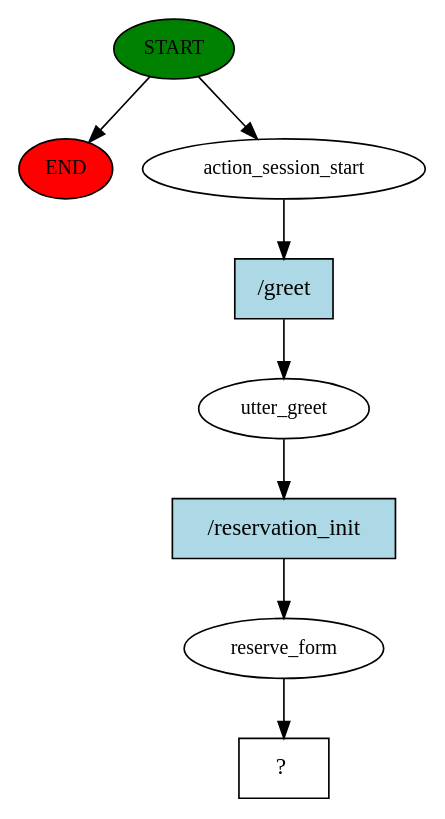
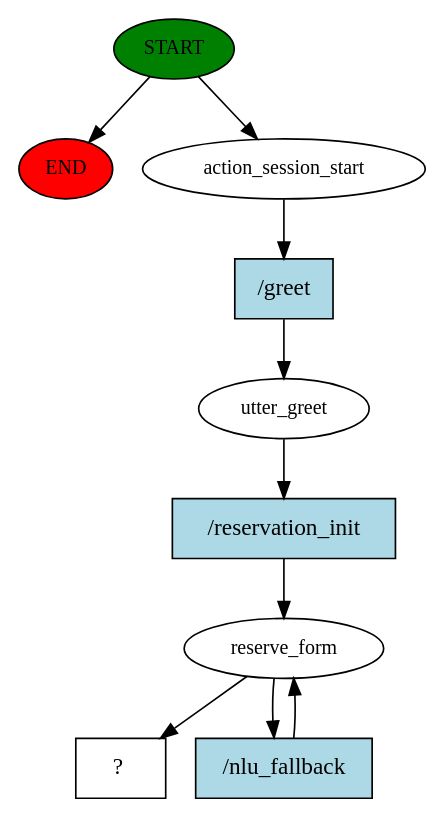
Before and after one commit to john-hession/borger: the diagram in story_graph.dot, drawn with Graphviz. The commit also changed 103 other files, not shown here.

```diff
--- a/story_graph.dot
+++ b/story_graph.dot
@@ -1,17 +1,20 @@
 digraph  {
 0 [class="start active", fillcolor=green, fontsize=12, label=START, style=filled];
 "-1" [class=end, fillcolor=red, fontsize=12, label=END, style=filled];
 1 [class=active, fontsize=12, label=action_session_start];
 2 [class=active, fontsize=12, label=utter_greet];
 3 [class=active, fontsize=12, label=reserve_form];
-4 [class="intent dashed active", label="  ?  ", shape=rect];
-5 [class="intent active", fillcolor=lightblue, label="/greet", shape=rect, style=filled];
-6 [class="intent active", fillcolor=lightblue, label="/reservation_init", shape=rect, style=filled];
+5 [class="intent dashed active", label="  ?  ", shape=rect];
+6 [class="intent active", fillcolor=lightblue, label="/greet", shape=rect, style=filled];
+7 [class="intent active", fillcolor=lightblue, label="/reservation_init", shape=rect, style=filled];
+8 [class="intent active", fillcolor=lightblue, label="/nlu_fallback", shape=rect, style=filled];
 0 -> "-1"  [class="", key=NONE, label=""];
 0 -> 1  [class=active, key=NONE, label=""];
-1 -> 5  [class=active, key=0];
-2 -> 6  [class=active, key=0];
-3 -> 4  [class=active, key=NONE, label=""];
-5 -> 2  [class=active, key=0];
-6 -> 3  [class=active, key=0];
+1 -> 6  [class=active, key=0];
+2 -> 7  [class=active, key=0];
+3 -> 5  [class=active, key=NONE, label=""];
+3 -> 8  [class=active, key=0];
+6 -> 2  [class=active, key=0];
+7 -> 3  [class=active, key=0];
+8 -> 3  [class=active, key=0];
 }
```
